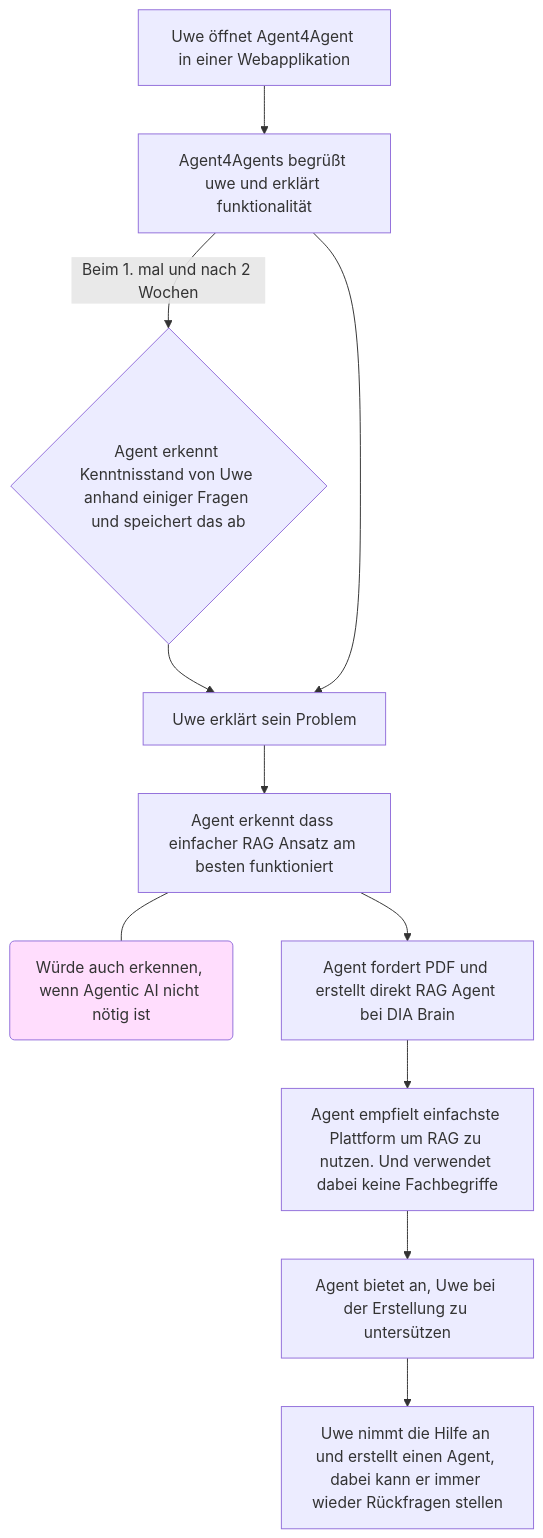
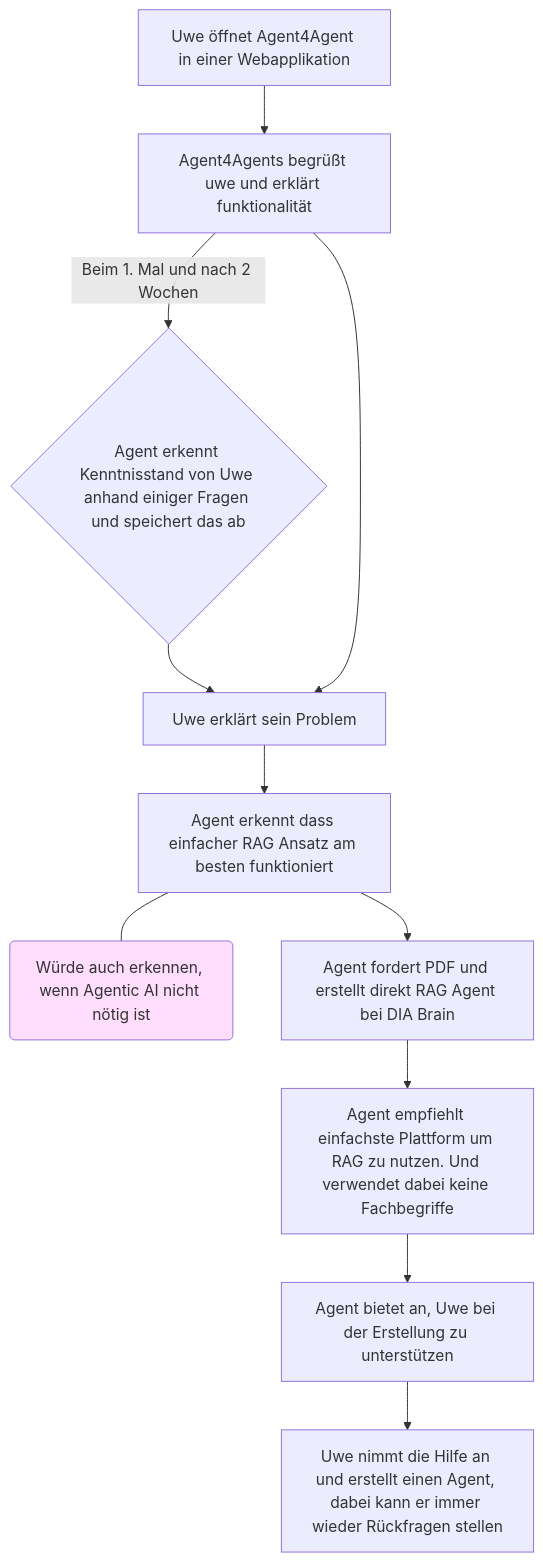
Before and after one commit to agentic-ai-ws2526-group-c/agent4agents-documentation: the first of 4 diagrams in Ideation/User Personas and UseCases.md, drawn with Mermaid. The commit also changed other lines of this file, not shown here.

````diff
--- a/Ideation/User Personas and UseCases.md
+++ b/Ideation/User Personas and UseCases.md
@@ -25,14 +25,14 @@
 ```mermaid
 graph TD
     A[Uwe öffnet Agent4Agent in einer Webapplikation] --> B[Agent4Agents begrüßt uwe und erklärt funktionalität];
-    B -- ""Beim 1. mal und nach 2 Wochen"" --> C{Agent erkennt Kenntnisstand von Uwe anhand einiger Fragen und speichert das ab};
+    B -- ""Beim 1. Mal und nach 2 Wochen"" --> C{Agent erkennt Kenntnisstand von Uwe anhand einiger Fragen und speichert das ab};
     C --> D[Uwe erklärt sein Problem];
     B --> D;
     D --> E[Agent erkennt dass einfacher RAG Ansatz am besten funktioniert];
     E --- F(Würde auch erkennen, wenn Agentic AI nicht nötig ist);
     E --> G[Agent fordert PDF und erstellt direkt RAG Agent bei DIA Brain];
-    G --> H[Agent empfielt einfachste Plattform um RAG zu nutzen. Und verwendet dabei keine Fachbegriffe];
-    H --> I[Agent bietet an, Uwe bei der Erstellung zu untersützen];
+    G --> H[Agent empfiehlt einfachste Plattform um RAG zu nutzen. Und verwendet dabei keine Fachbegriffe];
+    H --> I[Agent bietet an, Uwe bei der Erstellung zu unterstützen];
     I --> J[Uwe nimmt die Hilfe an und erstellt einen Agent, dabei kann er immer wieder Rückfragen stellen];
     style F fill:#FFDDFD
 ```
````
